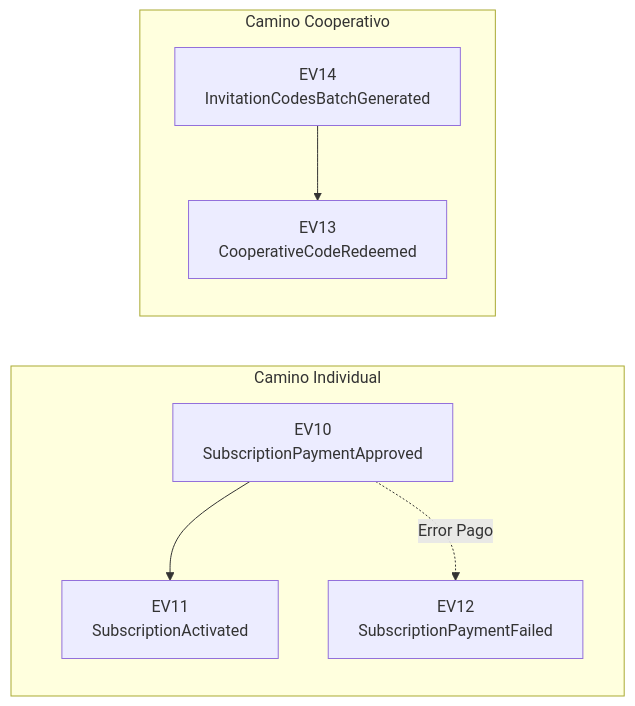
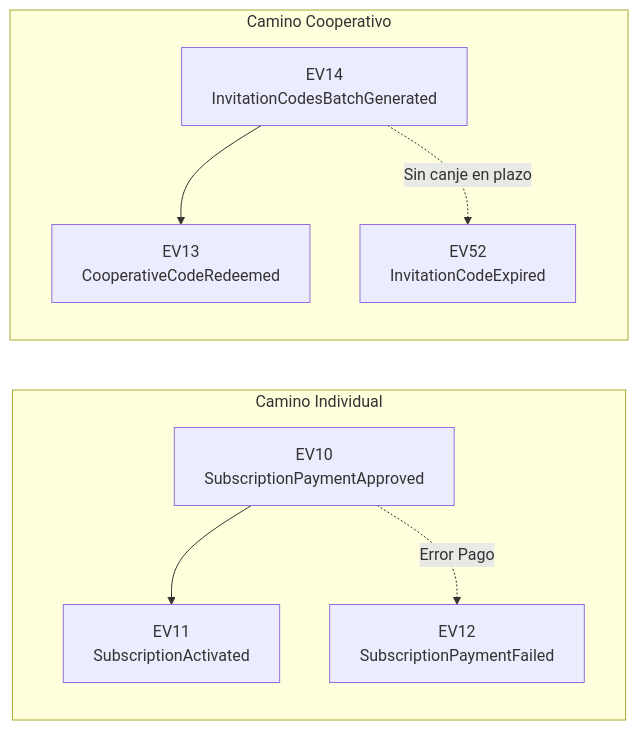
Before and after one commit to upc-pre-1acc0238-2620-4951-arcadiadevs/viora-report: the third of 10 diagrams in docs/event-storming/Paso2_timelines.md, drawn with Mermaid. The commit also changed other lines of this file and 6 other files, not shown here.

First line of the commit message:
feat(event-storming): reassign invitation code authority to bc03

````diff
--- a/docs/event-storming/Paso2_timelines.md
+++ b/docs/event-storming/Paso2_timelines.md
@@ -83,11 +83,12 @@
 ```mermaid
 graph LR
     subgraph Camino Individual
         EV10["EV10<br/>SubscriptionPaymentApproved"] --> EV11["EV11<br/>SubscriptionActivated"]
         EV10 -. Error Pago .-> EV12["EV12<br/>SubscriptionPaymentFailed"]
     end
     
     subgraph Camino Cooperativo
         EV14["EV14<br/>InvitationCodesBatchGenerated"] --> EV13["EV13<br/>CooperativeCodeRedeemed"]
+        EV14 -. Sin canje en plazo .-> EV52["EV52<br/>InvitationCodeExpired"]
     end
 ```
````
